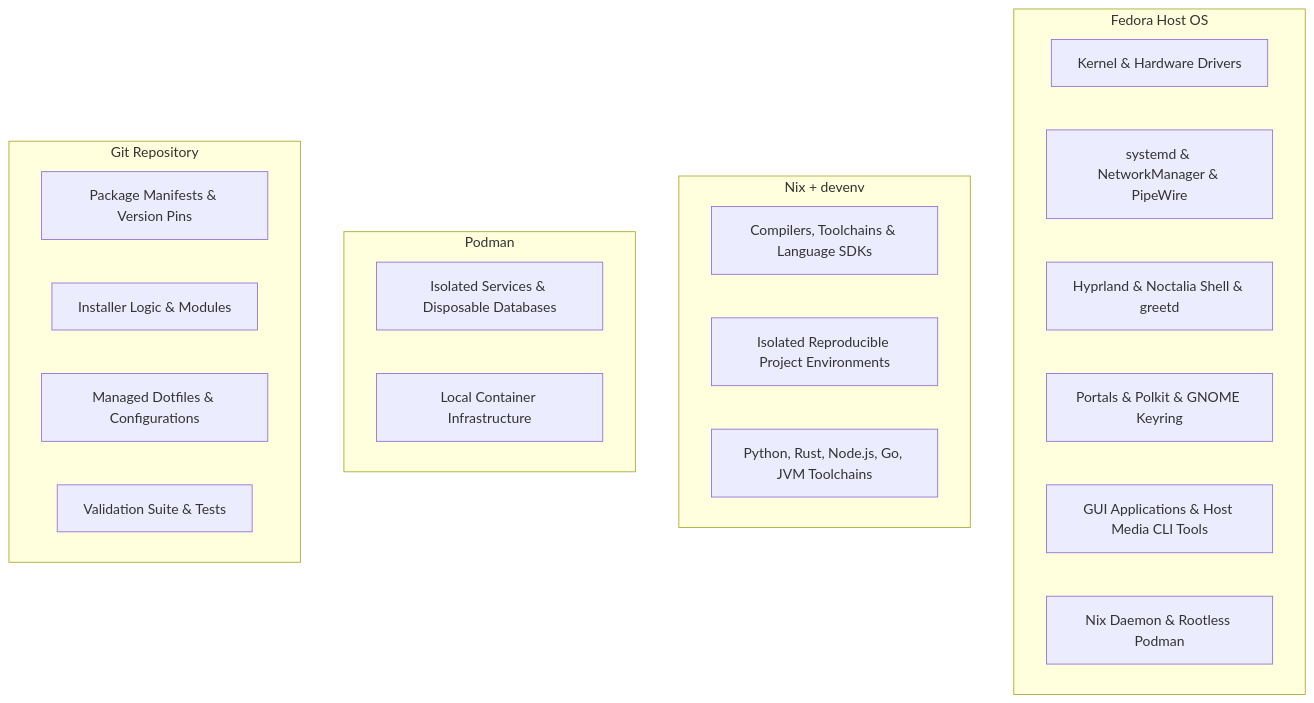
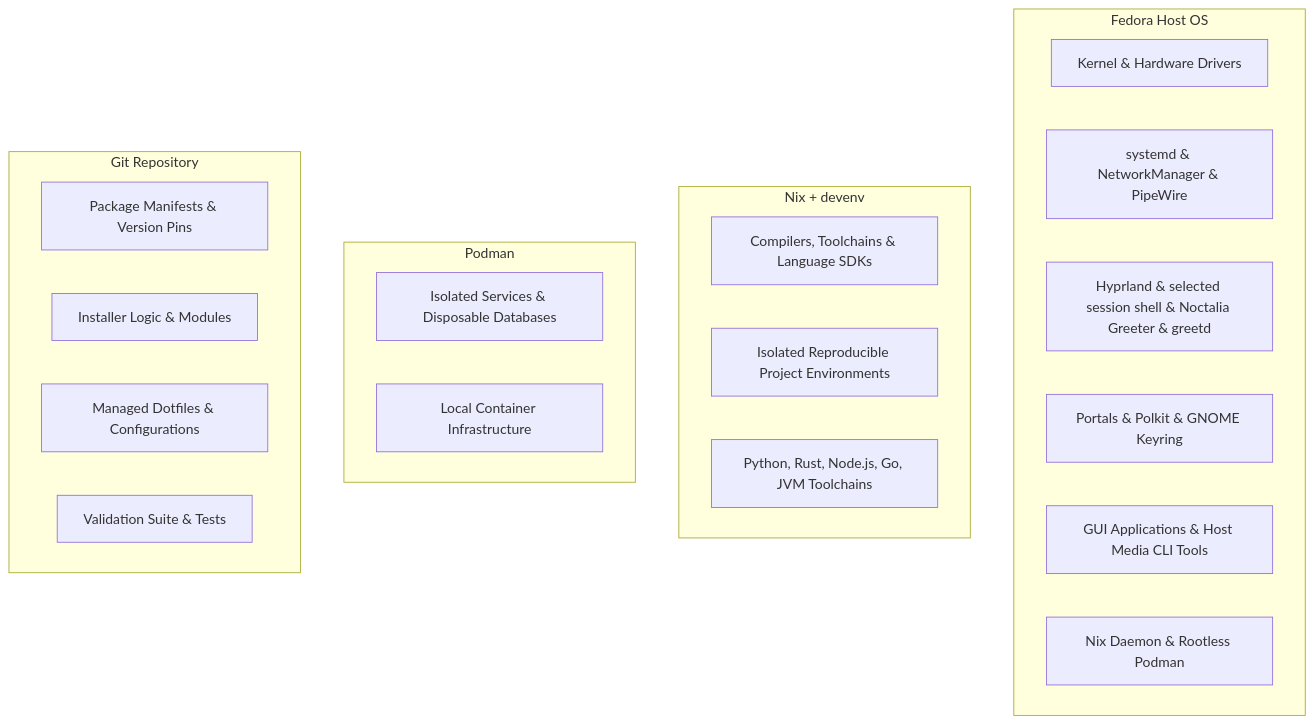
Before and after one commit to kk18888678/fedora-hyprland-workstation: the first of 2 diagrams in docs/ARCHITECTURE.md, drawn with Mermaid. The commit also changed other lines of this file and 504 other files, not shown here.

````diff
--- a/docs/ARCHITECTURE.md
+++ b/docs/ARCHITECTURE.md
@@ -9,29 +9,29 @@
 ```mermaid
 graph TD
     subgraph "Fedora Host OS"
         Kernel["Kernel & Hardware Drivers"]
         Init["systemd & NetworkManager & PipeWire"]
-        Desktop["Hyprland & Noctalia Shell & greetd"]
+        Desktop["Hyprland & selected session shell & Noctalia Greeter & greetd"]
         Portals["Portals & Polkit & GNOME Keyring"]
         HostApps["GUI Applications & Host Media CLI Tools"]
         Runtimes["Nix Daemon & Rootless Podman"]
     end
 
     subgraph "Nix + devenv"
         DevTools["Compilers, Toolchains & Language SDKs"]
         DevEnvs["Isolated Reproducible Project Environments"]
         LangPkgs["Python, Rust, Node.js, Go, JVM Toolchains"]
     end
 
     subgraph "Podman"
         Containers["Isolated Services & Disposable Databases"]
         Compose["Local Container Infrastructure"]
     end
 
     subgraph "Git Repository"
         Manifests["Package Manifests & Version Pins"]
         Installer["Installer Logic & Modules"]
         Configs["Managed Dotfiles & Configurations"]
         Tests["Validation Suite & Tests"]
     end
 ```
````
